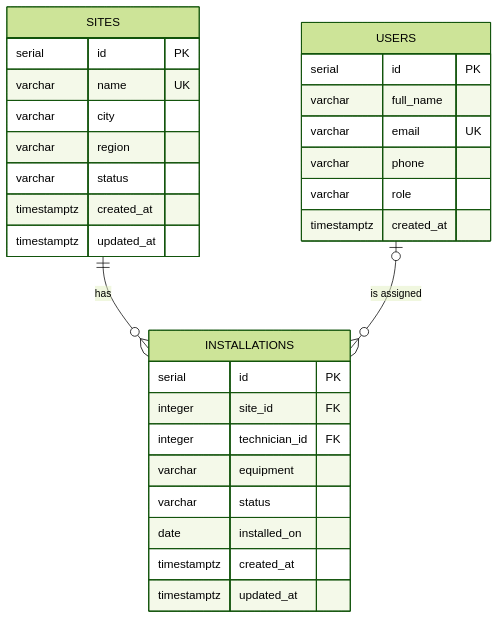
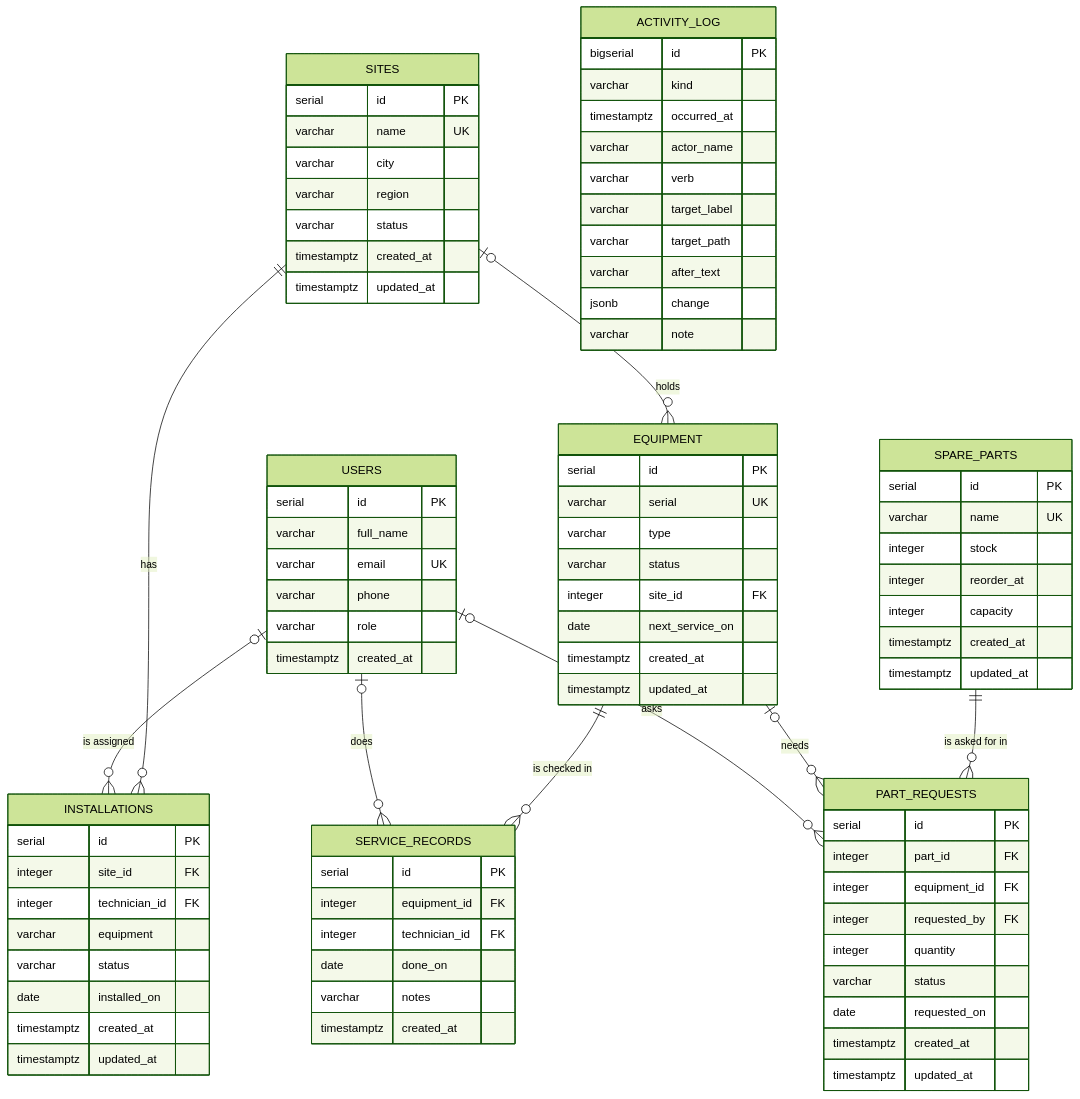
The third of 3 diagrams in README.md (FlemingJohn/site-operation-dashboard), drawn with Mermaid (forest theme) before and after one commit. The commit also changed other lines of this file, not shown here.

Commit message:
docs: add the asset tables to the readme diagram

````diff
--- a/README.md
+++ b/README.md
@@ -481,6 +481,12 @@
 erDiagram
     SITES ||--o{ INSTALLATIONS : "has"
     USERS |o--o{ INSTALLATIONS : "is assigned"
+    SITES |o--o{ EQUIPMENT : "holds"
+    EQUIPMENT ||--o{ SERVICE_RECORDS : "is checked in"
+    USERS |o--o{ SERVICE_RECORDS : "does"
+    SPARE_PARTS ||--o{ PART_REQUESTS : "is asked for in"
+    EQUIPMENT |o--o{ PART_REQUESTS : "needs"
+    USERS |o--o{ PART_REQUESTS : "asks"
 
     SITES {
         serial id PK
@@ -511,4 +517,59 @@
         varchar role
         timestamptz created_at
     }
+
+    EQUIPMENT {
+        serial id PK
+        varchar serial UK
+        varchar type
+        varchar status
+        integer site_id FK
+        date next_service_on
+        timestamptz created_at
+        timestamptz updated_at
+    }
+
+    SERVICE_RECORDS {
+        serial id PK
+        integer equipment_id FK
+        integer technician_id FK
+        date done_on
+        varchar notes
+        timestamptz created_at
+    }
+
+    SPARE_PARTS {
+        serial id PK
+        varchar name UK
+        integer stock
+        integer reorder_at
+        integer capacity
+        timestamptz created_at
+        timestamptz updated_at
+    }
+
+    PART_REQUESTS {
+        serial id PK
+        integer part_id FK
+        integer equipment_id FK
+        integer requested_by FK
+        integer quantity
+        varchar status
+        date requested_on
+        timestamptz created_at
+        timestamptz updated_at
+    }
+
+    ACTIVITY_LOG {
+        bigserial id PK
+        varchar kind
+        timestamptz occurred_at
+        varchar actor_name
+        varchar verb
+        varchar target_label
+        varchar target_path
+        varchar after_text
+        jsonb change
+        varchar note
+    }
 ```
````
